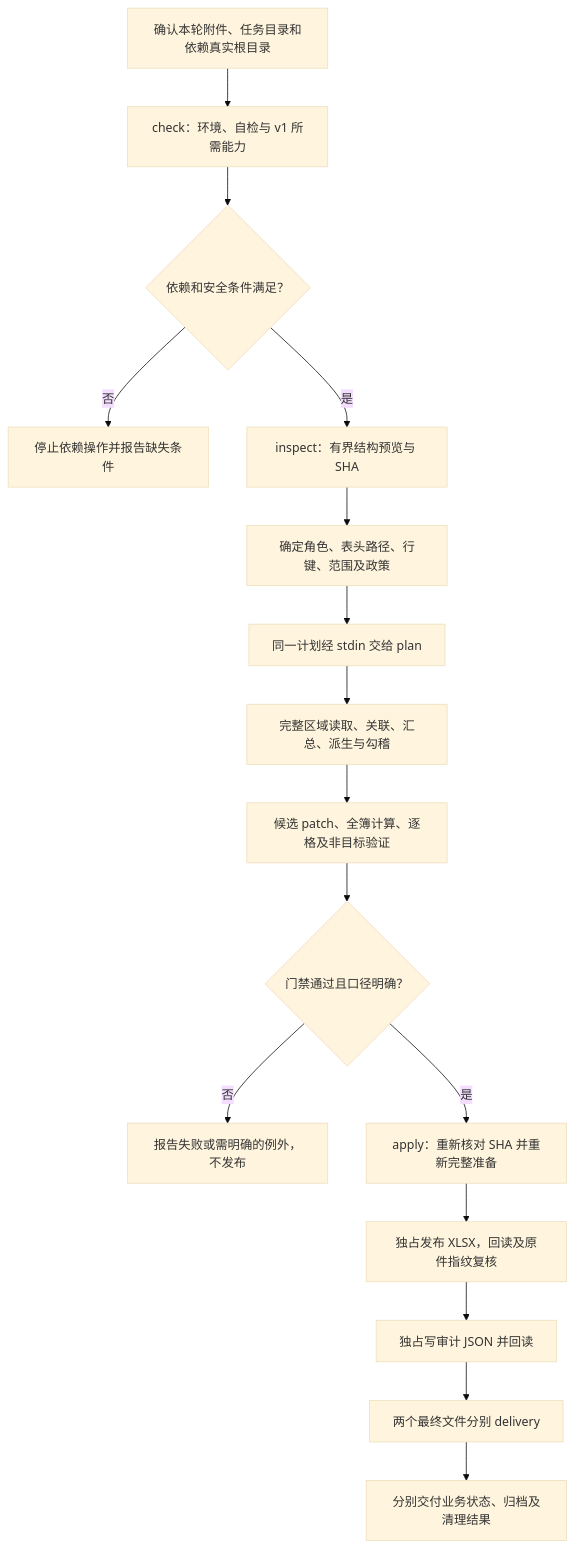
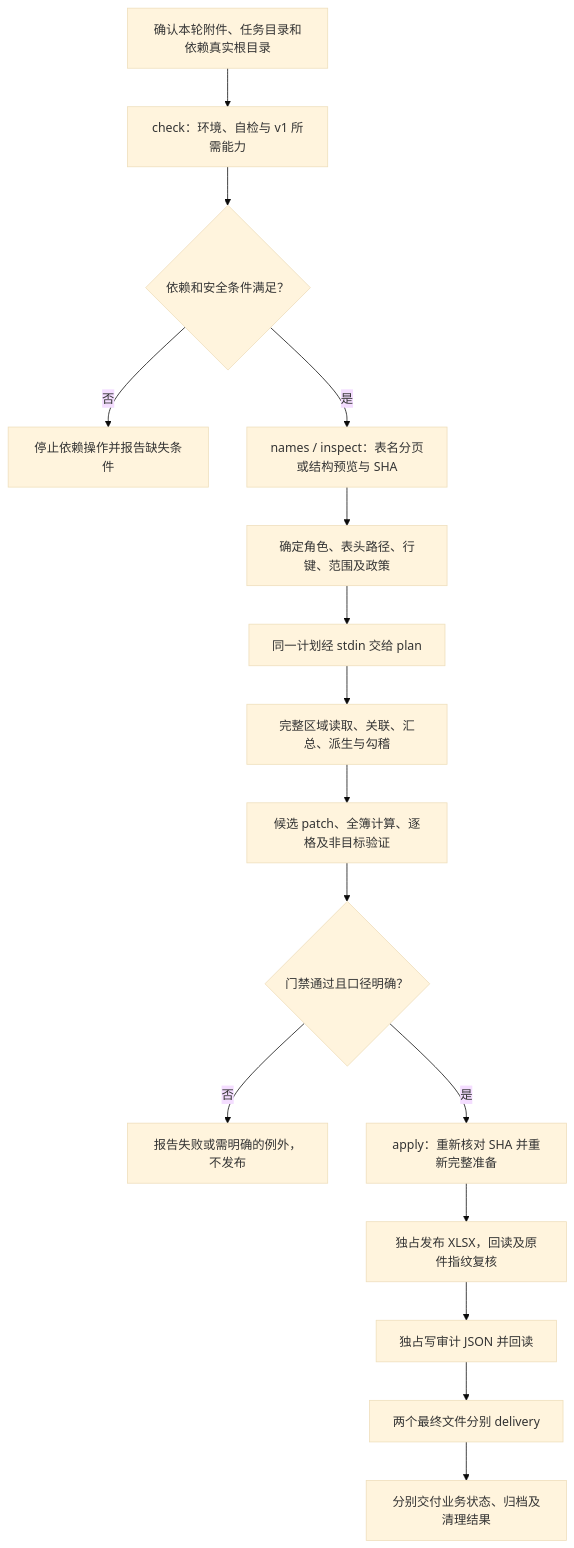
Before and after one commit to JohnParken/PSL-SKILLS: the second of 2 diagrams in docs/skills/table-workflow.md, drawn with Mermaid (base theme). The commit also changed other lines of this file and 17 other files, not shown here.

````diff
--- a/docs/skills/table-workflow.md
+++ b/docs/skills/table-workflow.md
@@ -55,18 +59,18 @@
 ```mermaid
 flowchart TD
     A["确认本轮附件、任务目录和依赖真实根目录"] --> B["check：环境、自检与 v1 所需能力"]
     B --> C{"依赖和安全条件满足？"}
     C -->|"否"| D["停止依赖操作并报告缺失条件"]
-    C -->|"是"| E["inspect：有界结构预览与 SHA"]
+    C -->|"是"| E["names / inspect：表名分页或结构预览与 SHA"]
     E --> F["确定角色、表头路径、行键、范围及政策"]
     F --> G["同一计划经 stdin 交给 plan"]
     G --> H["完整区域读取、关联、汇总、派生与勾稽"]
     H --> I["候选 patch、全簿计算、逐格及非目标验证"]
     I --> J{"门禁通过且口径明确？"}
     J -->|"否"| K["报告失败或需明确的例外，不发布"]
     J -->|"是"| L["apply：重新核对 SHA 并重新完整准备"]
     L --> M["独占发布 XLSX，回读及原件指纹复核"]
     M --> N["独占写审计 JSON 并回读"]
     N --> O["两个最终文件分别 delivery"]
     O --> P["分别交付业务状态、归档及清理结果"]
 ```
````
